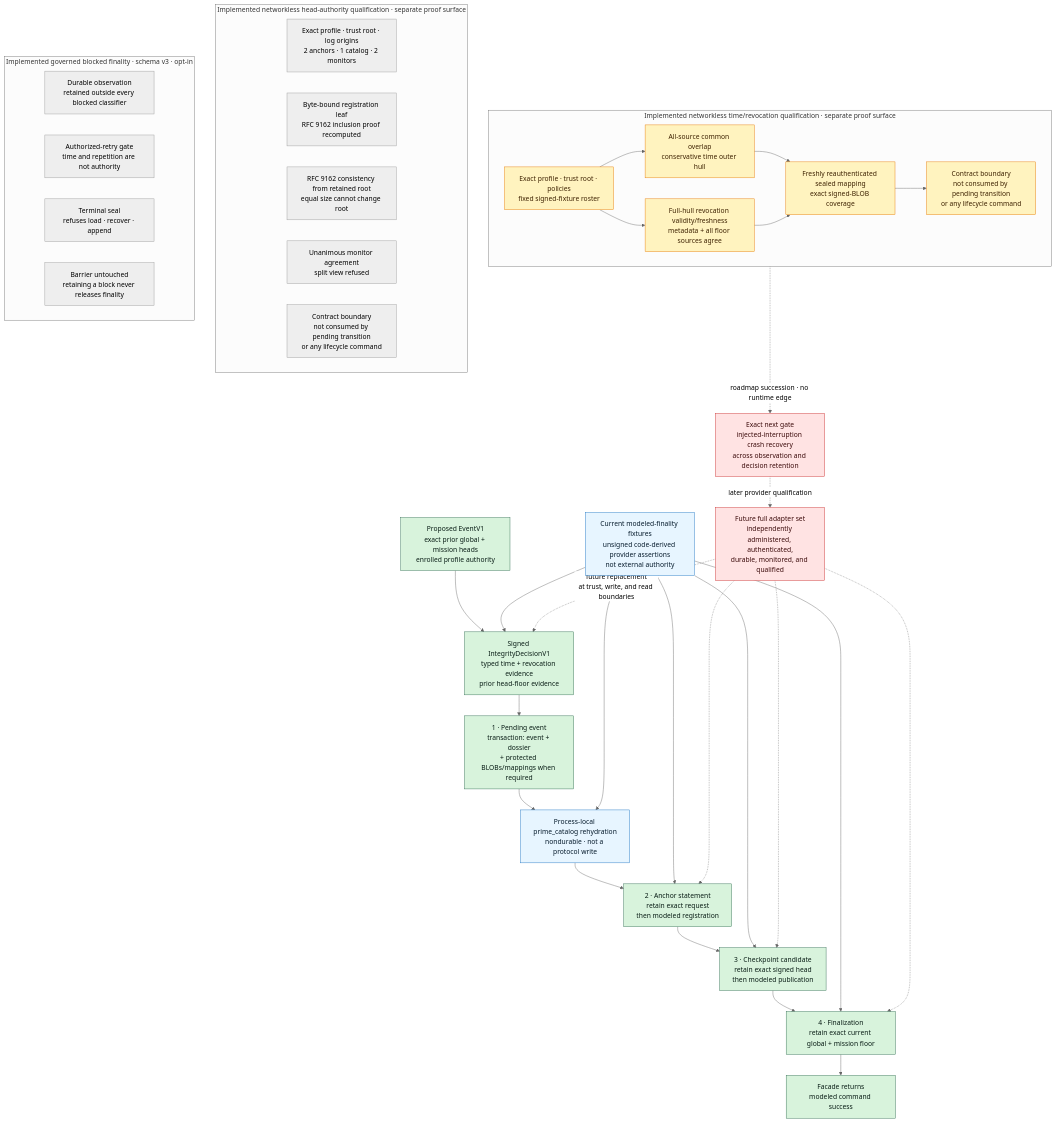
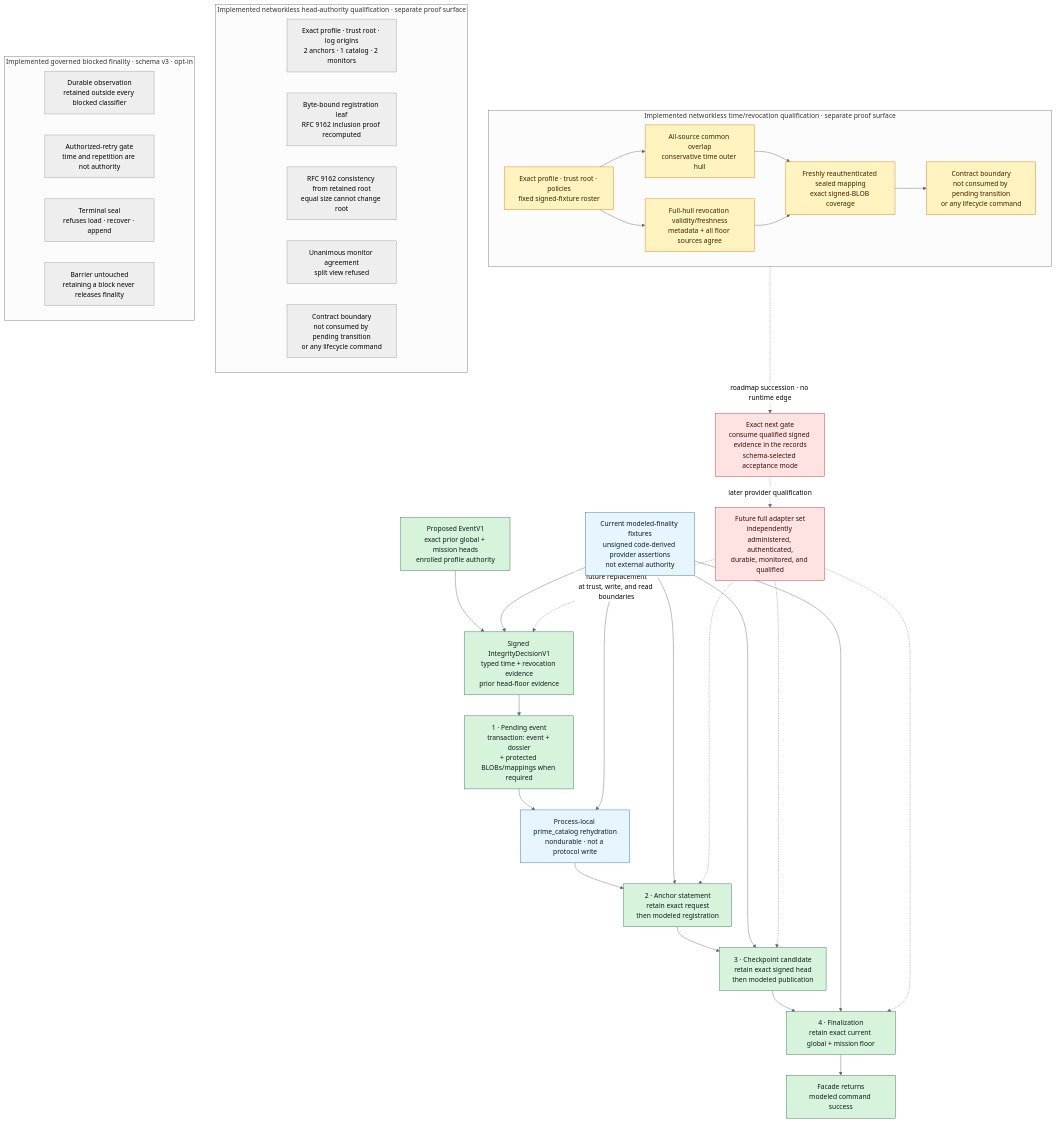
One commit to manfromnowhere143/etzio changed the second of 2 diagrams in README.md. Above: the diagram before and after it, drawn with Mermaid (neutral theme). The commit also changed other lines of this file and 6 other files, not shown here.

````diff
--- a/README.md
+++ b/README.md
@@ -296,68 +300,68 @@
 ```mermaid
 flowchart TB
     E["Proposed EventV1<br/>exact prior global + mission heads<br/>enrolled profile authority"]
     D["Signed IntegrityDecisionV1<br/>typed time + revocation evidence<br/>prior head-floor evidence"]
     P1["1 · Pending event<br/>transaction: event + dossier<br/>+ protected BLOBs/mappings when required"]
     RH["Process-local prime_catalog rehydration<br/>nondurable · not a protocol write"]
     P2["2 · Anchor statement<br/>retain exact request<br/>then modeled registration"]
     P3["3 · Checkpoint candidate<br/>retain exact signed head<br/>then modeled publication"]
     P4["4 · Finalization<br/>retain exact current global + mission floor"]
     OK["Facade returns<br/>modeled command success"]
     FX["Current modeled-finality fixtures<br/>unsigned code-derived provider assertions<br/>not external authority"]
 
     subgraph QUAL2["Implemented networkless time/revocation qualification · separate proof surface"]
         direction LR
         QP["Exact profile · trust root · policies<br/>fixed signed-fixture roster"]
         QT["All-source common overlap<br/>conservative time outer hull"]
         QR["Full-hull revocation validity/freshness<br/>metadata + all floor sources agree"]
         QM["Freshly reauthenticated sealed mapping<br/>exact signed-BLOB coverage"]
         QN["Contract boundary<br/>not consumed by pending transition<br/>or any lifecycle command"]
     end
 
     subgraph QUAL3["Implemented networkless head-authority qualification · separate proof surface"]
         direction LR
         HP["Exact profile · trust root · log origins<br/>2 anchors · 1 catalog · 2 monitors"]
         HA["Byte-bound registration leaf<br/>RFC 9162 inclusion proof recomputed"]
         HC["RFC 9162 consistency from retained root<br/>equal size cannot change root"]
         HM["Unanimous monitor agreement<br/>split view refused"]
         HN["Contract boundary<br/>not consumed by pending transition<br/>or any lifecycle command"]
     end
 
     subgraph BLOCKED["Implemented governed blocked finality · schema v3 · opt-in"]
         direction LR
         BO["Durable observation<br/>retained outside every blocked classifier"]
         BG["Authorized-retry gate<br/>time and repetition are not authority"]
         BS["Terminal seal<br/>refuses load · recover · append"]
         BB["Barrier untouched<br/>retaining a block never releases finality"]
     end
 
-    NEXT["Exact next gate<br/>injected-interruption crash recovery<br/>across observation and decision retention"]
+    NEXT["Exact next gate<br/>consume qualified signed evidence in the records<br/>schema-selected acceptance mode"]
     EXT["Future full adapter set<br/>independently administered, authenticated,<br/>durable, monitored, and qualified"]
 
     E --> D --> P1 --> RH --> P2 --> P3 --> P4 --> OK
     FX --> D
     FX --> RH
     FX --> P2
     FX --> P3
     FX --> P4
     QP --> QT
     QP --> QR
     QT --> QM
     QR --> QM
     QM --> QN
     QN -. "roadmap succession · no runtime edge" .-> NEXT
     NEXT -. "later provider qualification" .-> EXT
     EXT -. "future replacement<br/>at trust, write, and read boundaries" .-> D
     EXT -.-> P2
     EXT -.-> P3
     EXT -.-> P4
 
     classDef retained fill:#d8f3dc,stroke:#2d6a4f,color:#081c15;
     classDef boundary fill:#e7f5ff,stroke:#1971c2,color:#061b2c;
     classDef qualification fill:#fff3bf,stroke:#e67700,color:#3d2100;
     classDef blocked fill:#ffe3e3,stroke:#c92a2a,color:#3b0a0a;
     class E,D,P1,P2,P3,P4,OK retained;
     class FX,RH boundary;
     class QP,QT,QR,QM,QN qualification;
     class NEXT,EXT blocked;
 ```
````
